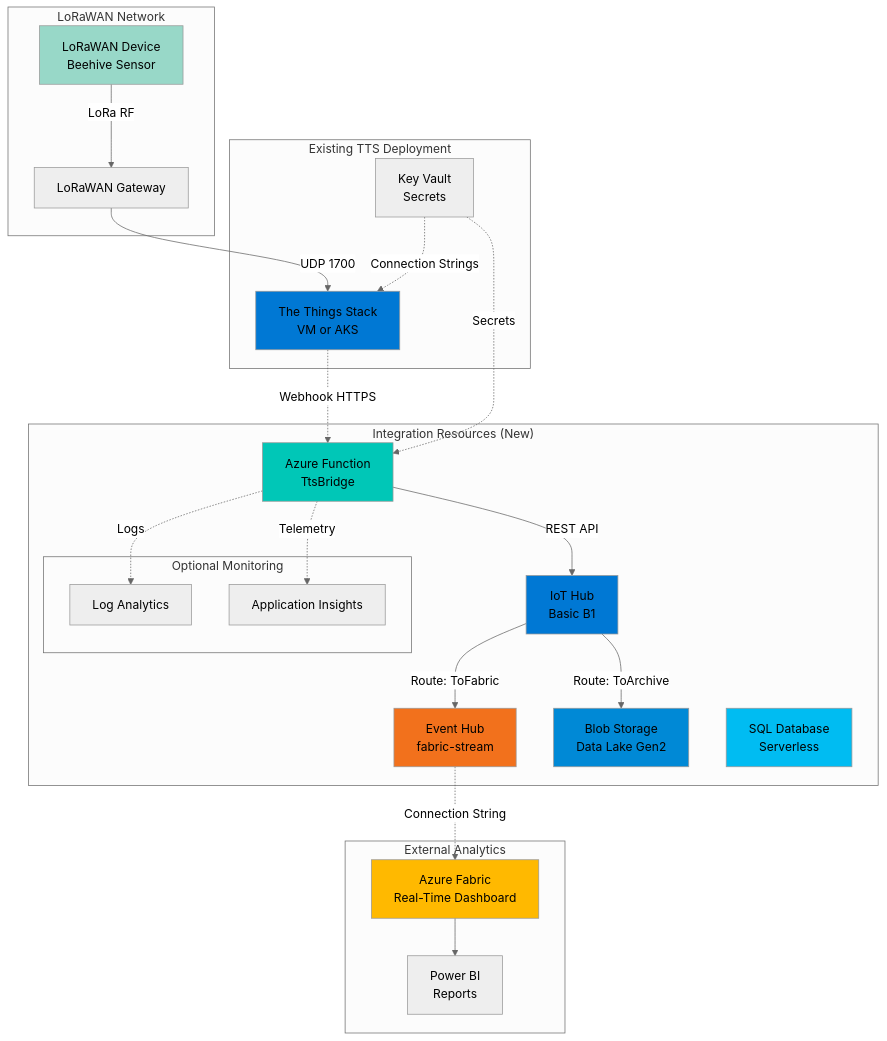
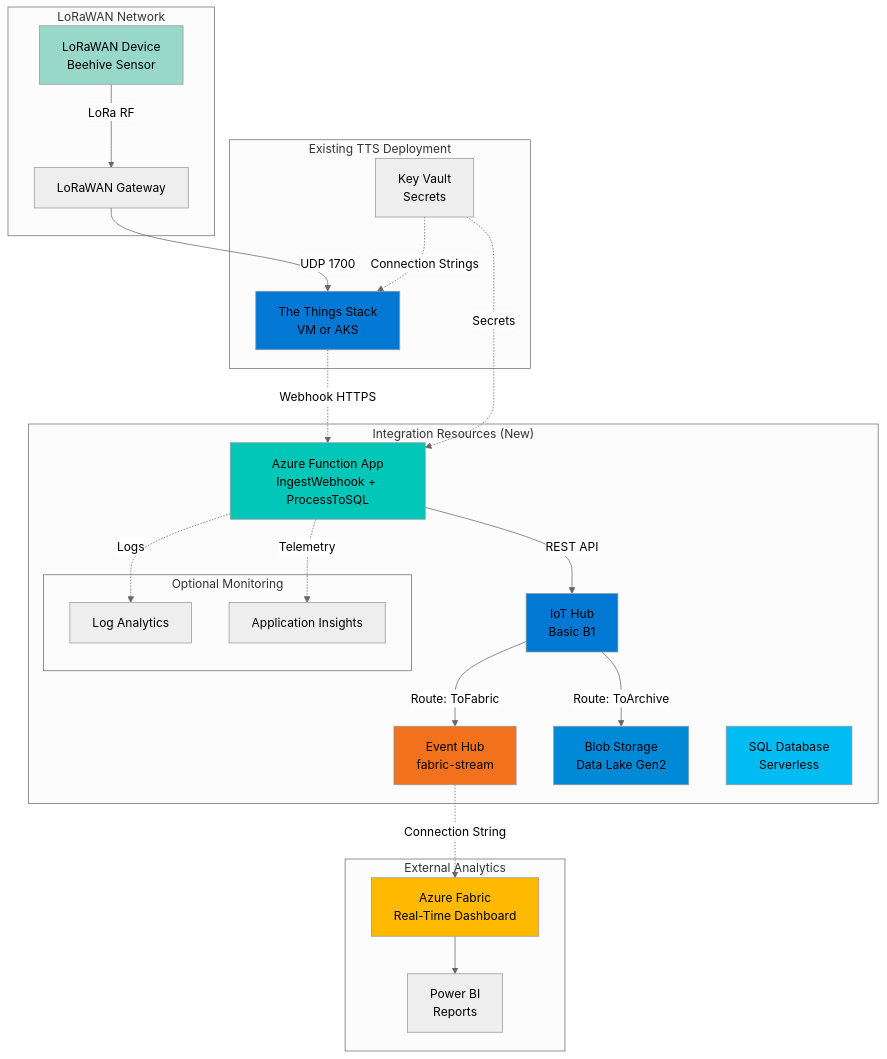
Before and after one commit to blueflightx7/thethingsstack-on-azure: the first of 2 diagrams in docs/deploy/integration-deployment.md, drawn with Mermaid (neutral theme). The commit also changed other lines of this file and 41 other files, not shown here.

````diff
--- a/docs/deploy/integration-deployment.md
+++ b/docs/deploy/integration-deployment.md
@@ -176,54 +176,54 @@
 ```mermaid
 graph TB
     subgraph "LoRaWAN Network"
         Device[LoRaWAN Device<br/>Beehive Sensor]
         Gateway[LoRaWAN Gateway]
     end
     
     subgraph "Existing TTS Deployment"
         TTS[The Things Stack<br/>VM or AKS]
         KV[Key Vault<br/>Secrets]
     end
     
     subgraph "Integration Resources (New)"
-        Func[Azure Function<br/>TtsBridge]
+        Func[Azure Function App<br/>IngestWebhook + ProcessToSQL]
         IoT[IoT Hub<br/>Basic B1]
         EH[Event Hub<br/>fabric-stream]
         Blob[Blob Storage<br/>Data Lake Gen2]
         SQL[SQL Database<br/>Serverless]
         
         subgraph "Optional Monitoring"
             LAW[Log Analytics]
             AI[Application Insights]
         end
     end
     
     subgraph "External Analytics"
         Fabric[Azure Fabric<br/>Real-Time Dashboard]
         PowerBI[Power BI<br/>Reports]
     end
     
     Device -->|LoRa RF| Gateway
     Gateway -->|UDP 1700| TTS
     TTS -.Webhook HTTPS.-> Func
     Func -->|REST API| IoT
     IoT -->|Route: ToFabric| EH
     IoT -->|Route: ToArchive| Blob
     EH -.Connection String.-> Fabric
     Fabric --> PowerBI
     
     KV -.Secrets.-> Func
     KV -.Connection Strings.-> TTS
     
     Func -.Telemetry.-> AI
     Func -.Logs.-> LAW
     
     style Device fill:#98D8C8
     style TTS fill:#0078D4
     style Func fill:#00C7B7
     style IoT fill:#0078D4
     style EH fill:#F2711C
     style Blob fill:#0089D6
     style SQL fill:#00BCF2
     style Fabric fill:#FFB900
 ```
````
